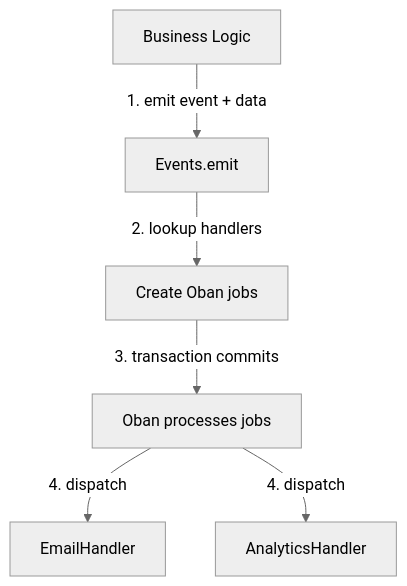
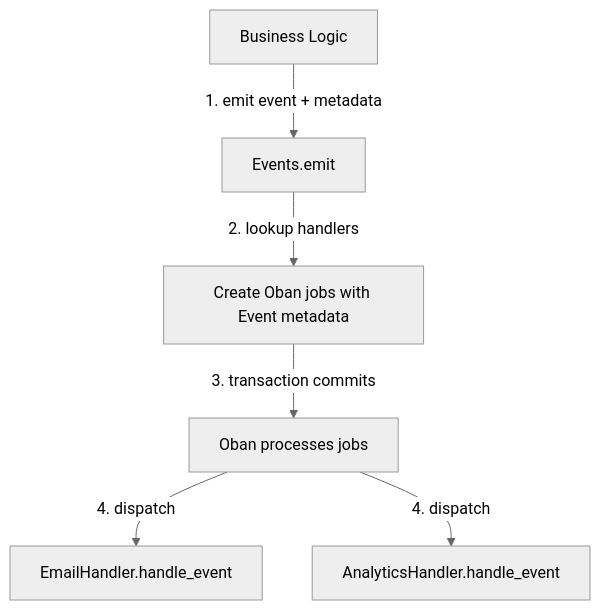
The diagram in README.md (davidgomes/ycb-snap-19a00b84), drawn with Mermaid (neutral theme) before and after one commit. The commit also changed other lines of this file and 10 other files, not shown here.

Commit message:
Add Event struct with metadata, testing helpers, and update README

````diff
--- a/README.md
+++ b/README.md
@@ -100,8 +120,8 @@
 ```mermaid
 flowchart TD
-    A[Business Logic] -->|1. emit event + data| B[Events.emit]
-    B -->|2. lookup handlers| C[Create Oban jobs]
+    A[Business Logic] -->|1. emit event + metadata| B[Events.emit]
+    B -->|2. lookup handlers| C[Create Oban jobs with Event metadata]
     C -->|3. transaction commits| D[Oban processes jobs]
-    D -->|4. dispatch| E[EmailHandler]
-    D -->|4. dispatch| F[AnalyticsHandler]
+    D -->|4. dispatch| E[EmailHandler.handle_event]
+    D -->|4. dispatch| F[AnalyticsHandler.handle_event]
 ```
````
